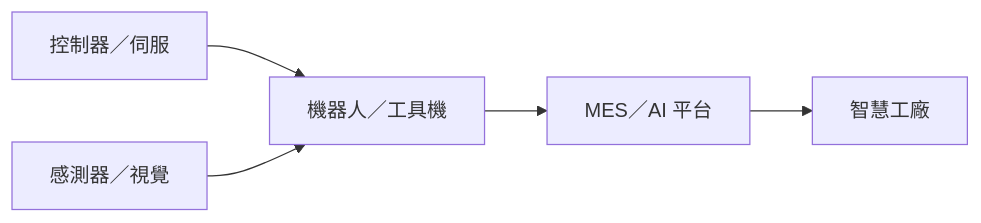
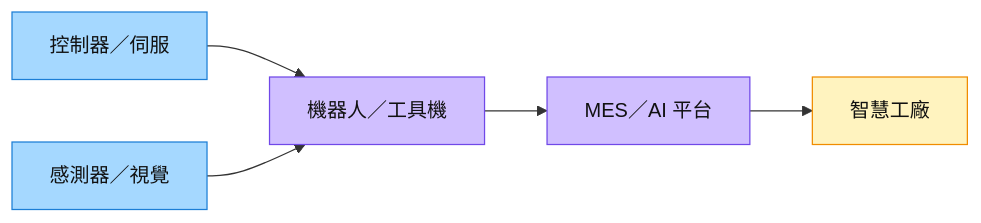
The diagram in content/lib/3.supply_chain/供應鏈_工業自動化.md (kevn950324/wiki_Stockv2), drawn with Mermaid before and after one commit. The commit also changed other lines of this file and 26 other files, not shown here.

````diff
--- a/content/lib/3.supply_chain/供應鏈_工業自動化.md
+++ b/content/lib/3.supply_chain/供應鏈_工業自動化.md
@@ -13,7 +13,13 @@
 ```mermaid
 flowchart LR
     C[控制器／伺服] --> R[機器人／工具機]
     S[感測器／視覺] --> R
     R --> M[MES／AI 平台]
     M --> F[智慧工廠]
+    classDef core fill:#a5d8ff,stroke:#1c7ed6,color:#111;
+    classDef process fill:#d0bfff,stroke:#7048e8,color:#111;
+    classDef customer fill:#fff3bf,stroke:#f08c00,color:#111;
+    class C,S core;
+    class R,M process;
+    class F customer;
 ```
````
